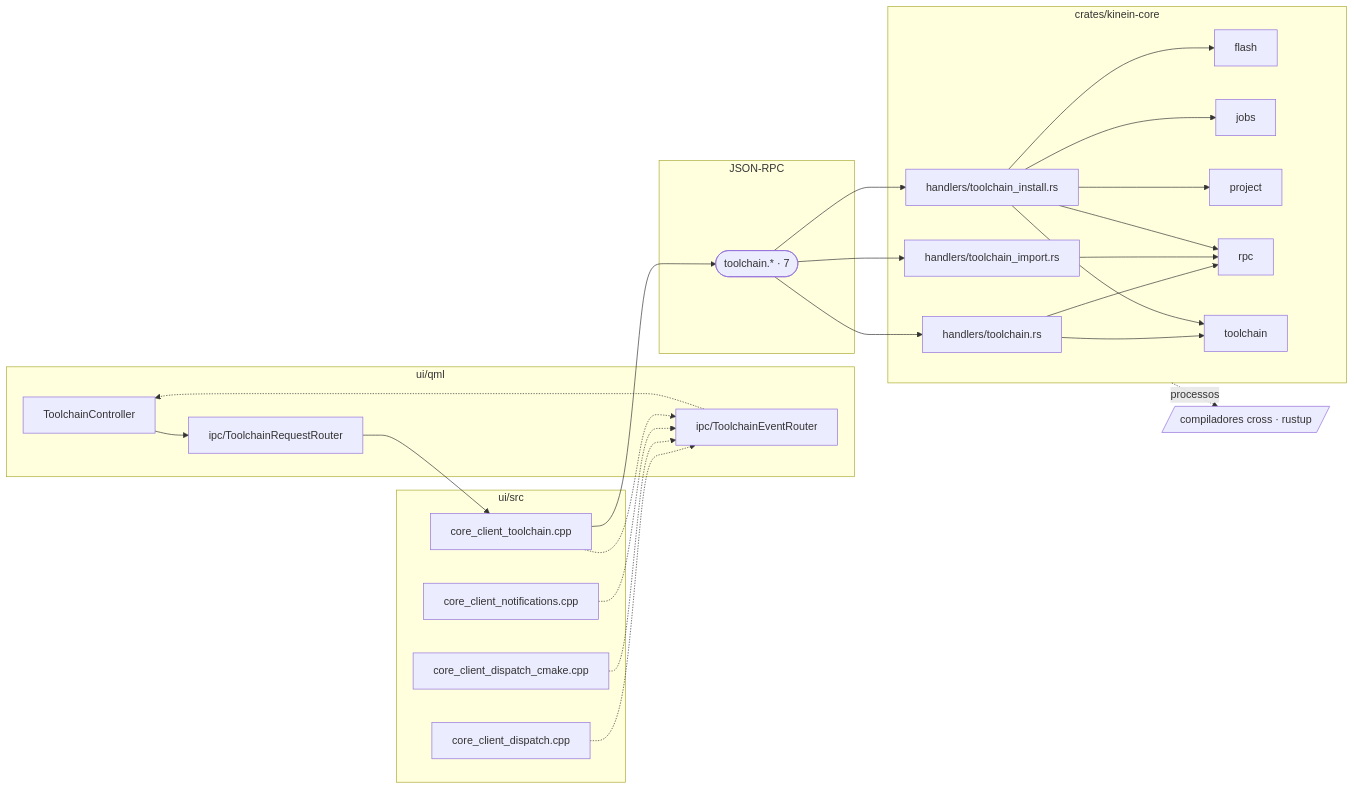
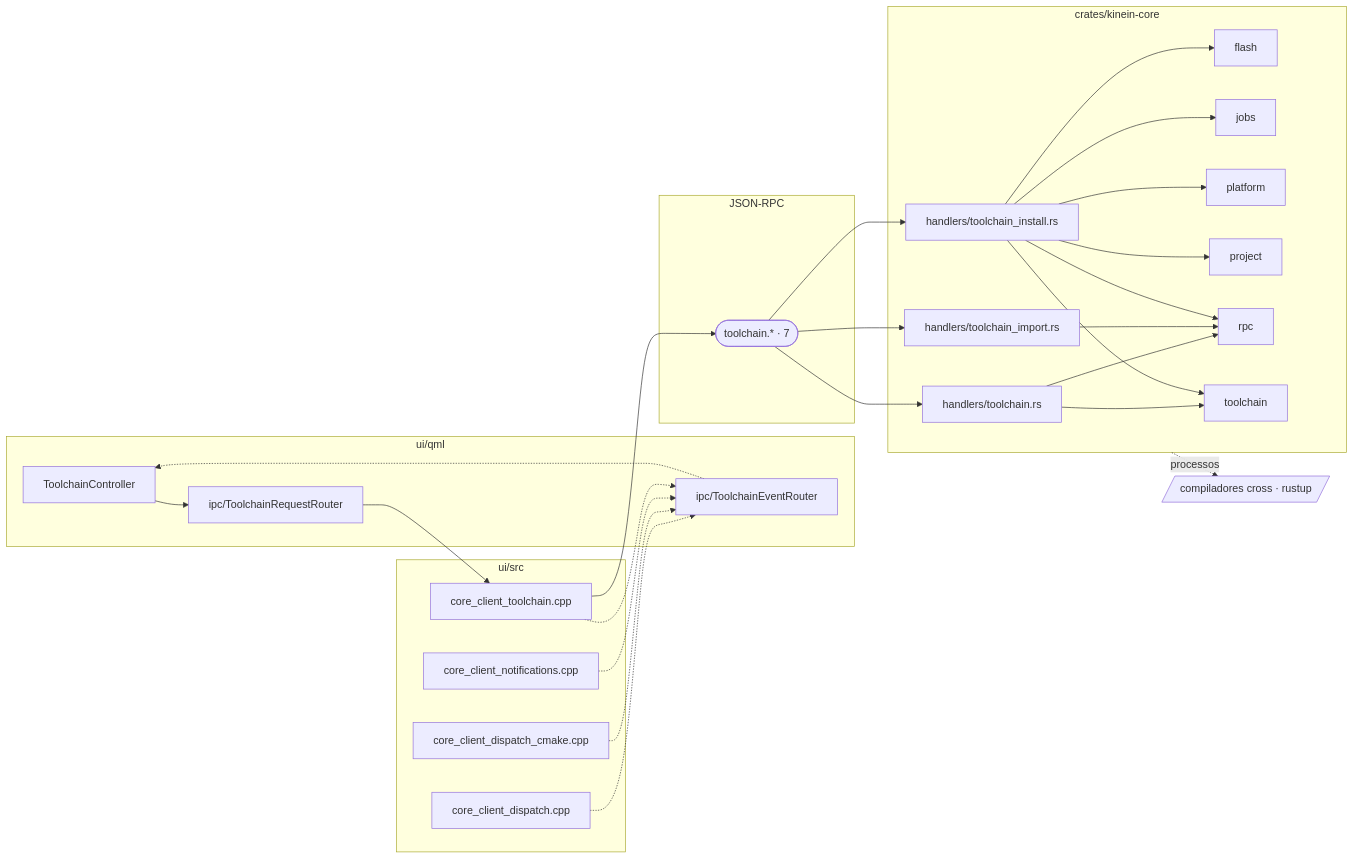
One commit to ViktorWalde/KineinVectis changed diagram 11 of 16 in DocsPublic/arquitetura/01-mapa-de-modulos.md. Above: the diagram before and after it, drawn with Mermaid. The commit also changed other lines of this file and 80 other files, not shown here.

````diff
--- a/DocsPublic/arquitetura/01-mapa-de-modulos.md
+++ b/DocsPublic/arquitetura/01-mapa-de-modulos.md
@@ -950,48 +971,50 @@
 ```mermaid
 flowchart LR
   subgraph QML["ui/qml"]
     n_ui_qml_toolchain_ToolchainController_qml["ToolchainController"]
     n_ui_qml_ipc_ToolchainRequestRouter_qml["ipc/ToolchainRequestRouter"]
     n_ui_qml_ipc_ToolchainEventRouter_qml["ipc/ToolchainEventRouter"]
   end
   subgraph CPP["ui/src"]
     n_ui_src_core_client_dispatch_cpp["core_client_dispatch.cpp"]
     n_ui_src_core_client_dispatch_cmake_cpp["core_client_dispatch_cmake.cpp"]
     n_ui_src_core_client_notifications_cpp["core_client_notifications.cpp"]
     n_ui_src_core_client_toolchain_cpp["core_client_toolchain.cpp"]
   end
   subgraph IPC["JSON-RPC"]
     n_ipc_toolchain(["toolchain.* · 7"])
   end
   subgraph CORE["crates/kinein-core"]
     n_crates_kinein_core_src_handlers_toolchain_rs["handlers/toolchain.rs"]
     n_crates_kinein_core_src_handlers_toolchain_import_rs["handlers/toolchain_import.rs"]
     n_crates_kinein_core_src_handlers_toolchain_install_rs["handlers/toolchain_install.rs"]
     n_core_flash[flash]
     n_core_jobs[jobs]
+    n_core_platform[platform]
     n_core_project[project]
     n_core_rpc[rpc]
     n_core_toolchain[toolchain]
   end
   n_tools_toolchain[/"compiladores cross · rustup"/]
   n_ui_qml_ipc_ToolchainEventRouter_qml -.-> n_ui_qml_toolchain_ToolchainController_qml
   n_ui_qml_ipc_ToolchainRequestRouter_qml --> n_ui_src_core_client_toolchain_cpp
   n_ui_qml_toolchain_ToolchainController_qml --> n_ui_qml_ipc_ToolchainRequestRouter_qml
   n_ui_src_core_client_dispatch_cpp -.-> n_ui_qml_ipc_ToolchainEventRouter_qml
   n_ui_src_core_client_dispatch_cmake_cpp -.-> n_ui_qml_ipc_ToolchainEventRouter_qml
   n_ui_src_core_client_notifications_cpp -.-> n_ui_qml_ipc_ToolchainEventRouter_qml
   n_ui_src_core_client_toolchain_cpp --> n_ipc_toolchain
   n_ui_src_core_client_toolchain_cpp -.-> n_ui_qml_ipc_ToolchainEventRouter_qml
   n_ipc_toolchain --> n_crates_kinein_core_src_handlers_toolchain_rs
   n_crates_kinein_core_src_handlers_toolchain_rs --> n_core_rpc
   n_crates_kinein_core_src_handlers_toolchain_rs --> n_core_toolchain
   n_ipc_toolchain --> n_crates_kinein_core_src_handlers_toolchain_import_rs
   n_crates_kinein_core_src_handlers_toolchain_import_rs --> n_core_rpc
   n_ipc_toolchain --> n_crates_kinein_core_src_handlers_toolchain_install_rs
   n_crates_kinein_core_src_handlers_toolchain_install_rs --> n_core_flash
   n_crates_kinein_core_src_handlers_toolchain_install_rs --> n_core_jobs
+  n_crates_kinein_core_src_handlers_toolchain_install_rs --> n_core_platform
   n_crates_kinein_core_src_handlers_toolchain_install_rs --> n_core_project
   n_crates_kinein_core_src_handlers_toolchain_install_rs --> n_core_rpc
   n_crates_kinein_core_src_handlers_toolchain_install_rs --> n_core_toolchain
   CORE -.->|processos| n_tools_toolchain
 ```
````
